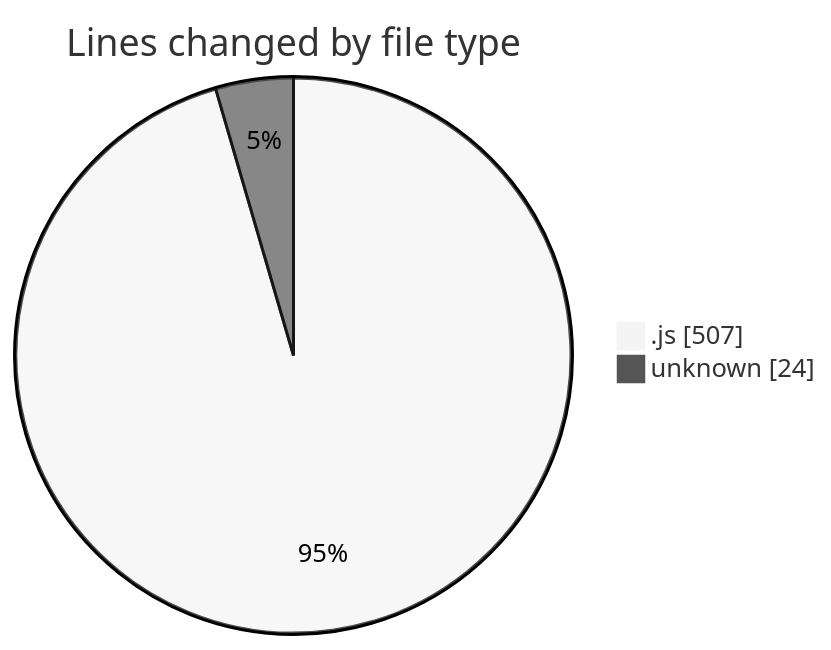
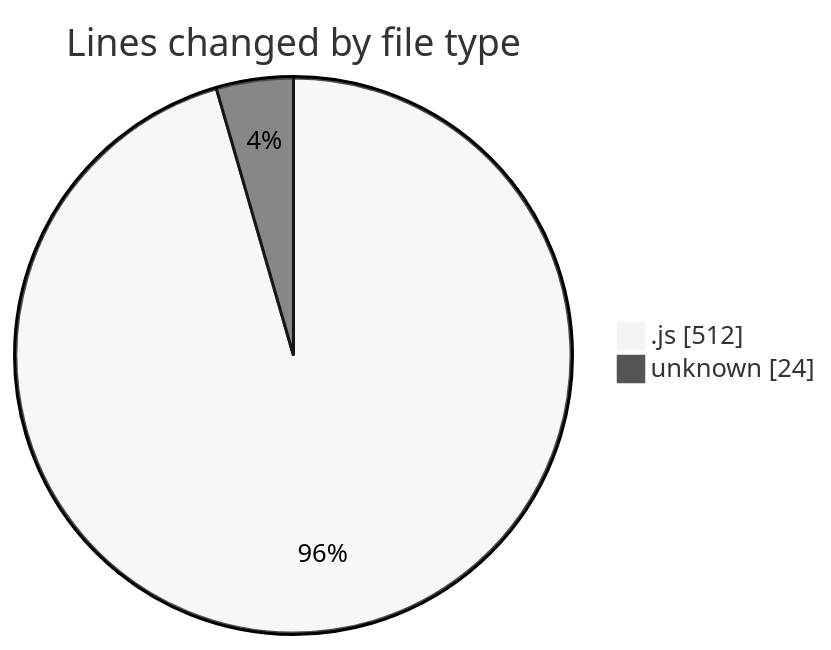
One commit to momahboobian/code-tracking changed the first of 2 diagrams in 2025-02-03/cda/README.md. Above: the diagram before and after it, drawn with Mermaid (neutral theme). The commit also changed other lines of this file and 1 other file, not shown here.

````diff
--- a/2025-02-03/cda/README.md
+++ b/2025-02-03/cda/README.md
@@ -24,6 +24,6 @@
 ```mermaid
 pie showData
 title Lines changed by file type
-".js" : 507
+".js" : 512
 "unknown" : 24
 ```
````
